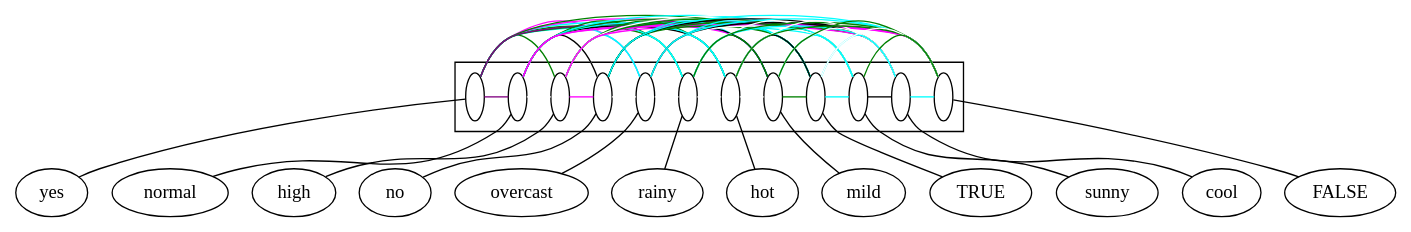
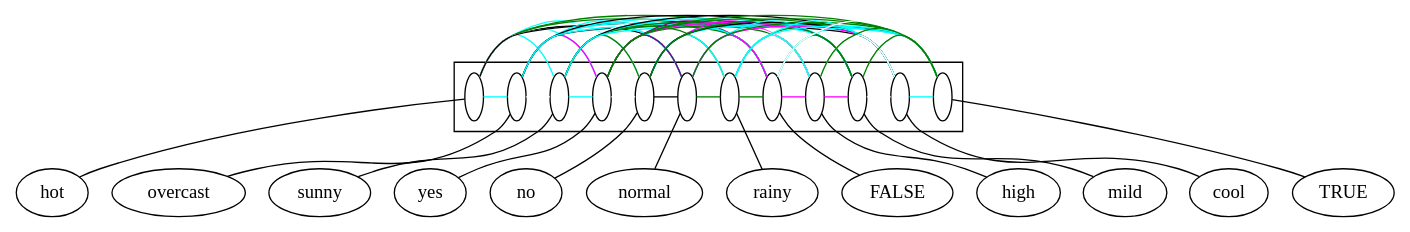
The diagram in src/final/linear2-structure.dot (lrodrin/TFG), drawn with Graphviz before and after one commit. The commit also changed 10 other files, not shown here.

Commit message:
nova funció que engloba les dues funcions graphOptions i 2structureOptions. Amb dues crides a Graphviz, una pel graf i l'altre per a la 2-structura + proves

```diff
--- a/src/final/linear2-structure.dot
+++ b/src/final/linear2-structure.dot
@@ -1,112 +1,112 @@
 digraph G {
 compound=True;
+hot;
+overcast;
+sunny;
 yes;
+no;
 normal;
+rainy;
+FALSE;
 high;
-no;
-overcast;
-rainy;
-hot;
 mild;
+cool;
 TRUE;
-sunny;
-cool;
-FALSE;
-subgraph cluster_highFALSEyessunnymildcoolnorainynormalhotovercastTRUE {
-s_yes [width=0.2, fixedsize=True, fillcolor=white, label=" "];
-s_normal [width=0.2, fixedsize=True, fillcolor=white, label=" "];
-s_high [width=0.2, fixedsize=True, fillcolor=white, label=" "];
-s_no [width=0.2, fixedsize=True, fillcolor=white, label=" "];
-s_overcast [width=0.2, fixedsize=True, fillcolor=white, label=" "];
-s_rainy [width=0.2, fixedsize=True, fillcolor=white, label=" "];
-s_hot [width=0.2, fixedsize=True, fillcolor=white, label=" "];
-s_mild [width=0.2, fixedsize=True, fillcolor=white, label=" "];
-s_TRUE [width=0.2, fixedsize=True, fillcolor=white, label=" "];
-s_sunny [width=0.2, fixedsize=True, fillcolor=white, label=" "];
-s_cool [width=0.2, fixedsize=True, fillcolor=white, label=" "];
-s_FALSE [width=0.2, fixedsize=True, fillcolor=white, label=" "];
+subgraph cluster_mildnohothighcoolnormalTRUEovercastrainyFALSEyessunny {
+s_hot [label=" ", fillcolor=white, width=0.2, fixedsize=True];
+s_overcast [label=" ", fillcolor=white, width=0.2, fixedsize=True];
+s_sunny [label=" ", fillcolor=white, width=0.2, fixedsize=True];
+s_yes [label=" ", fillcolor=white, width=0.2, fixedsize=True];
+s_no [label=" ", fillcolor=white, width=0.2, fixedsize=True];
+s_normal [label=" ", fillcolor=white, width=0.2, fixedsize=True];
+s_rainy [label=" ", fillcolor=white, width=0.2, fixedsize=True];
+s_FALSE [label=" ", fillcolor=white, width=0.2, fixedsize=True];
+s_high [label=" ", fillcolor=white, width=0.2, fixedsize=True];
+s_mild [label=" ", fillcolor=white, width=0.2, fixedsize=True];
+s_cool [label=" ", fillcolor=white, width=0.2, fixedsize=True];
+s_TRUE [label=" ", fillcolor=white, width=0.2, fixedsize=True];
 subgraph  {
 rank=same;
+s_hot -> s_overcast  [color=cyan, arrowhead=none];
+s_hot -> s_sunny  [color=cyan, arrowhead=none];
+s_hot -> s_yes  [color=cyan, arrowhead=none];
+s_hot -> s_no  [color=cyan, arrowhead=none];
+s_hot -> s_normal  [color=black, arrowhead=none];
+s_hot -> s_rainy  [color=white, arrowhead=none];
+s_hot -> s_FALSE  [color=green, arrowhead=none];
+s_hot -> s_high  [color=green, arrowhead=none];
+s_hot -> s_mild  [color=white, arrowhead=none];
+s_hot -> s_cool  [color=white, arrowhead=none];
+s_hot -> s_TRUE  [color=black, arrowhead=none];
+s_overcast -> s_sunny  [color=white, arrowhead=none];
+s_overcast -> s_yes  [color=magenta, arrowhead=none];
+s_overcast -> s_no  [color=white, arrowhead=none];
+s_overcast -> s_normal  [color=cyan, arrowhead=none];
+s_overcast -> s_rainy  [color=white, arrowhead=none];
+s_overcast -> s_FALSE  [color=cyan, arrowhead=none];
+s_overcast -> s_high  [color=cyan, arrowhead=none];
+s_overcast -> s_mild  [color=black, arrowhead=none];
+s_overcast -> s_cool  [color=black, arrowhead=none];
+s_overcast -> s_TRUE  [color=cyan, arrowhead=none];
+s_sunny -> s_yes  [color=cyan, arrowhead=none];
+s_sunny -> s_no  [color=green, arrowhead=none];
+s_sunny -> s_normal  [color=cyan, arrowhead=none];
+s_sunny -> s_rainy  [color=white, arrowhead=none];
+s_sunny -> s_FALSE  [color=green, arrowhead=none];
+s_sunny -> s_high  [color=green, arrowhead=none];
+s_sunny -> s_mild  [color=cyan, arrowhead=none];
+s_sunny -> s_cool  [color=black, arrowhead=none];
+s_sunny -> s_TRUE  [color=cyan, arrowhead=none];
+s_yes -> s_no  [color=white, arrowhead=none];
 s_yes -> s_normal  [color=purple, arrowhead=none];
+s_yes -> s_rainy  [color=green, arrowhead=none];
+s_yes -> s_FALSE  [color=purple, arrowhead=none];
 s_yes -> s_high  [color=green, arrowhead=none];
-s_yes -> s_no  [color=white, arrowhead=none];
-s_yes -> s_overcast  [color=magenta, arrowhead=none];
-s_yes -> s_rainy  [color=green, arrowhead=none];
-s_yes -> s_hot  [color=cyan, arrowhead=none];
 s_yes -> s_mild  [color=magenta, arrowhead=none];
+s_yes -> s_cool  [color=green, arrowhead=none];
 s_yes -> s_TRUE  [color=green, arrowhead=none];
-s_yes -> s_sunny  [color=cyan, arrowhead=none];
-s_yes -> s_cool  [color=green, arrowhead=none];
-s_yes -> s_FALSE  [color=purple, arrowhead=none];
+s_no -> s_normal  [color=black, arrowhead=none];
+s_no -> s_rainy  [color=cyan, arrowhead=none];
+s_no -> s_FALSE  [color=cyan, arrowhead=none];
+s_no -> s_high  [color=magenta, arrowhead=none];
+s_no -> s_mild  [color=cyan, arrowhead=none];
+s_no -> s_cool  [color=black, arrowhead=none];
+s_no -> s_TRUE  [color=green, arrowhead=none];
+s_normal -> s_rainy  [color=green, arrowhead=none];
+s_normal -> s_FALSE  [color=magenta, arrowhead=none];
 s_normal -> s_high  [color=white, arrowhead=none];
-s_normal -> s_no  [color=black, arrowhead=none];
-s_normal -> s_overcast  [color=cyan, arrowhead=none];
-s_normal -> s_rainy  [color=green, arrowhead=none];
-s_normal -> s_hot  [color=black, arrowhead=none];
 s_normal -> s_mild  [color=cyan, arrowhead=none];
+s_normal -> s_cool  [color=magenta, arrowhead=none];
 s_normal -> s_TRUE  [color=green, arrowhead=none];
-s_normal -> s_sunny  [color=cyan, arrowhead=none];
-s_normal -> s_cool  [color=magenta, arrowhead=none];
-s_normal -> s_FALSE  [color=magenta, arrowhead=none];
-s_high -> s_no  [color=magenta, arrowhead=none];
-s_high -> s_overcast  [color=cyan, arrowhead=none];
-s_high -> s_rainy  [color=cyan, arrowhead=none];
-s_high -> s_hot  [color=green, arrowhead=none];
+s_rainy -> s_FALSE  [color=green, arrowhead=none];
+s_rainy -> s_high  [color=cyan, arrowhead=none];
+s_rainy -> s_mild  [color=green, arrowhead=none];
+s_rainy -> s_cool  [color=cyan, arrowhead=none];
+s_rainy -> s_TRUE  [color=cyan, arrowhead=none];
+s_FALSE -> s_high  [color=magenta, arrowhead=none];
+s_FALSE -> s_mild  [color=green, arrowhead=none];
+s_FALSE -> s_cool  [color=cyan, arrowhead=none];
+s_FALSE -> s_TRUE  [color=white, arrowhead=none];
 s_high -> s_mild  [color=magenta, arrowhead=none];
+s_high -> s_cool  [color=white, arrowhead=none];
 s_high -> s_TRUE  [color=green, arrowhead=none];
-s_high -> s_sunny  [color=green, arrowhead=none];
-s_high -> s_cool  [color=white, arrowhead=none];
-s_high -> s_FALSE  [color=magenta, arrowhead=none];
-s_no -> s_overcast  [color=white, arrowhead=none];
-s_no -> s_rainy  [color=cyan, arrowhead=none];
-s_no -> s_hot  [color=cyan, arrowhead=none];
-s_no -> s_mild  [color=cyan, arrowhead=none];
-s_no -> s_TRUE  [color=green, arrowhead=none];
-s_no -> s_sunny  [color=green, arrowhead=none];
-s_no -> s_cool  [color=black, arrowhead=none];
-s_no -> s_FALSE  [color=cyan, arrowhead=none];
-s_overcast -> s_rainy  [color=white, arrowhead=none];
-s_overcast -> s_hot  [color=cyan, arrowhead=none];
-s_overcast -> s_mild  [color=black, arrowhead=none];
-s_overcast -> s_TRUE  [color=cyan, arrowhead=none];
-s_overcast -> s_sunny  [color=white, arrowhead=none];
-s_overcast -> s_cool  [color=black, arrowhead=none];
-s_overcast -> s_FALSE  [color=cyan, arrowhead=none];
-s_rainy -> s_hot  [color=white, arrowhead=none];
-s_rainy -> s_mild  [color=green, arrowhead=none];
-s_rainy -> s_TRUE  [color=cyan, arrowhead=none];
-s_rainy -> s_sunny  [color=white, arrowhead=none];
-s_rainy -> s_cool  [color=cyan, arrowhead=none];
-s_rainy -> s_FALSE  [color=green, arrowhead=none];
-s_hot -> s_mild  [color=white, arrowhead=none];
-s_hot -> s_TRUE  [color=black, arrowhead=none];
-s_hot -> s_sunny  [color=cyan, arrowhead=none];
-s_hot -> s_cool  [color=white, arrowhead=none];
-s_hot -> s_FALSE  [color=green, arrowhead=none];
+s_mild -> s_cool  [color=white, arrowhead=none];
 s_mild -> s_TRUE  [color=green, arrowhead=none];
-s_mild -> s_sunny  [color=cyan, arrowhead=none];
-s_mild -> s_cool  [color=white, arrowhead=none];
-s_mild -> s_FALSE  [color=green, arrowhead=none];
-s_TRUE -> s_sunny  [color=cyan, arrowhead=none];
-s_TRUE -> s_cool  [color=cyan, arrowhead=none];
-s_TRUE -> s_FALSE  [color=white, arrowhead=none];
-s_sunny -> s_cool  [color=black, arrowhead=none];
-s_sunny -> s_FALSE  [color=green, arrowhead=none];
-s_cool -> s_FALSE  [color=cyan, arrowhead=none];
+s_cool -> s_TRUE  [color=cyan, arrowhead=none];
 }
 
 }
 
+s_hot -> hot  [arrowhead=none];
+s_overcast -> overcast  [arrowhead=none];
+s_sunny -> sunny  [arrowhead=none];
 s_yes -> yes  [arrowhead=none];
+s_no -> no  [arrowhead=none];
 s_normal -> normal  [arrowhead=none];
+s_rainy -> rainy  [arrowhead=none];
+s_FALSE -> FALSE  [arrowhead=none];
 s_high -> high  [arrowhead=none];
-s_no -> no  [arrowhead=none];
-s_overcast -> overcast  [arrowhead=none];
-s_rainy -> rainy  [arrowhead=none];
-s_hot -> hot  [arrowhead=none];
 s_mild -> mild  [arrowhead=none];
+s_cool -> cool  [arrowhead=none];
 s_TRUE -> TRUE  [arrowhead=none];
-s_sunny -> sunny  [arrowhead=none];
-s_cool -> cool  [arrowhead=none];
-s_FALSE -> FALSE  [arrowhead=none];
 }
```
